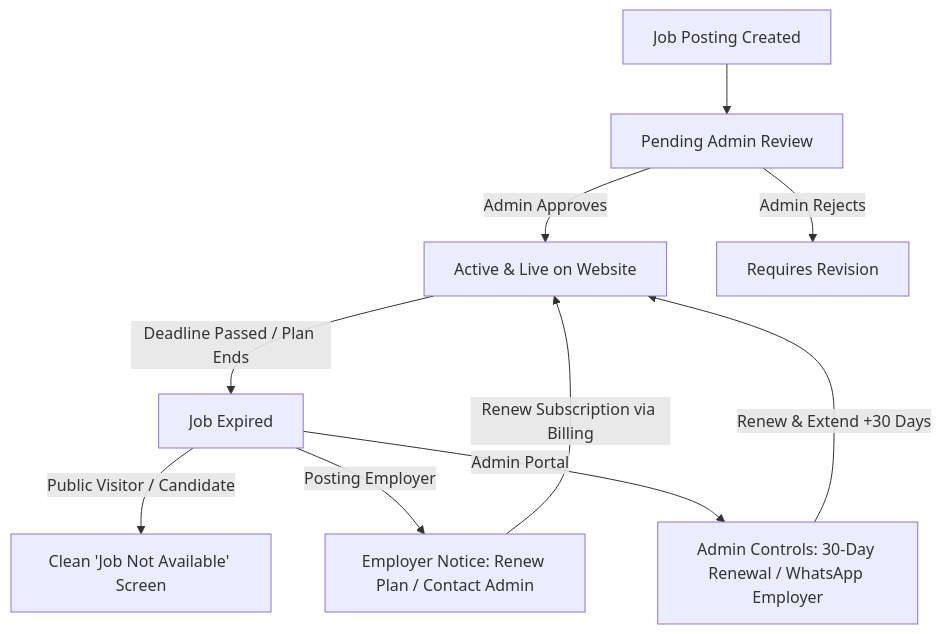
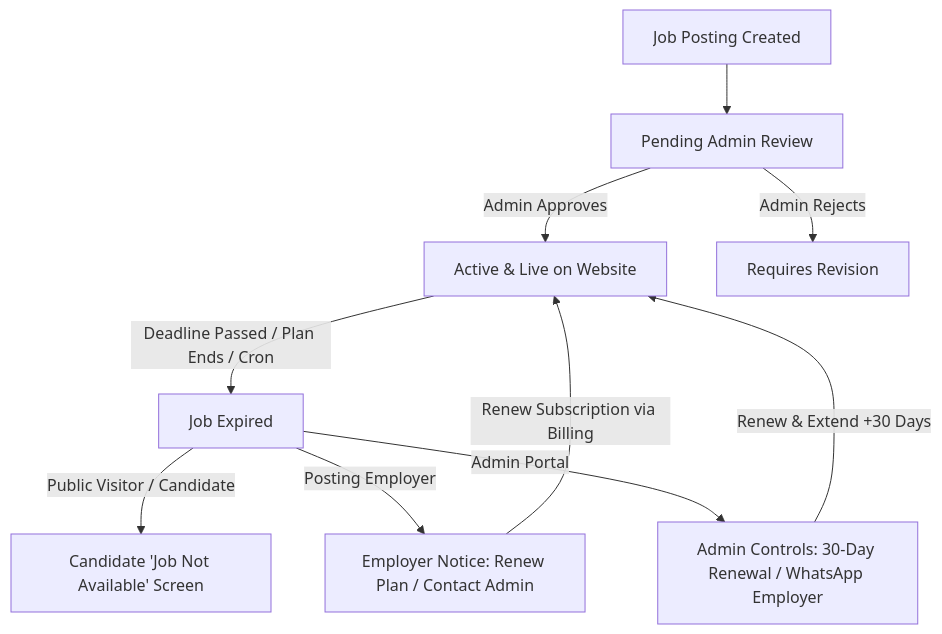
The diagram in TOTAL_FEATURES.md (SRIESWARAN01/thenijobs-web), drawn with Mermaid before and after one commit. The commit also changed other lines of this file and 12 other files, not shown here.

````diff
--- a/TOTAL_FEATURES.md
+++ b/TOTAL_FEATURES.md
@@ -72,14 +79,14 @@
 ```mermaid
 graph TD
     Job[Job Posting Created] --> Pending[Pending Admin Review]
     Pending -->|Admin Approves| Active[Active & Live on Website]
     Pending -->|Admin Rejects| Revision[Requires Revision]
-    Active -->|Deadline Passed / Plan Ends| Expired[Job Expired]
+    Active -->|Deadline Passed / Plan Ends / Cron| Expired[Job Expired]
     
-    Expired -->|Public Visitor / Candidate| PublicView[Clean 'Job Not Available' Screen]
+    Expired -->|Public Visitor / Candidate| PublicView[Candidate 'Job Not Available' Screen]
     Expired -->|Posting Employer| EmpView[Employer Notice: Renew Plan / Contact Admin]
     Expired -->|Admin Portal| AdminView[Admin Controls: 30-Day Renewal / WhatsApp Employer]
     
     AdminView -->|Renew & Extend +30 Days| Active
     EmpView -->|Renew Subscription via Billing| Active
 ```
````
